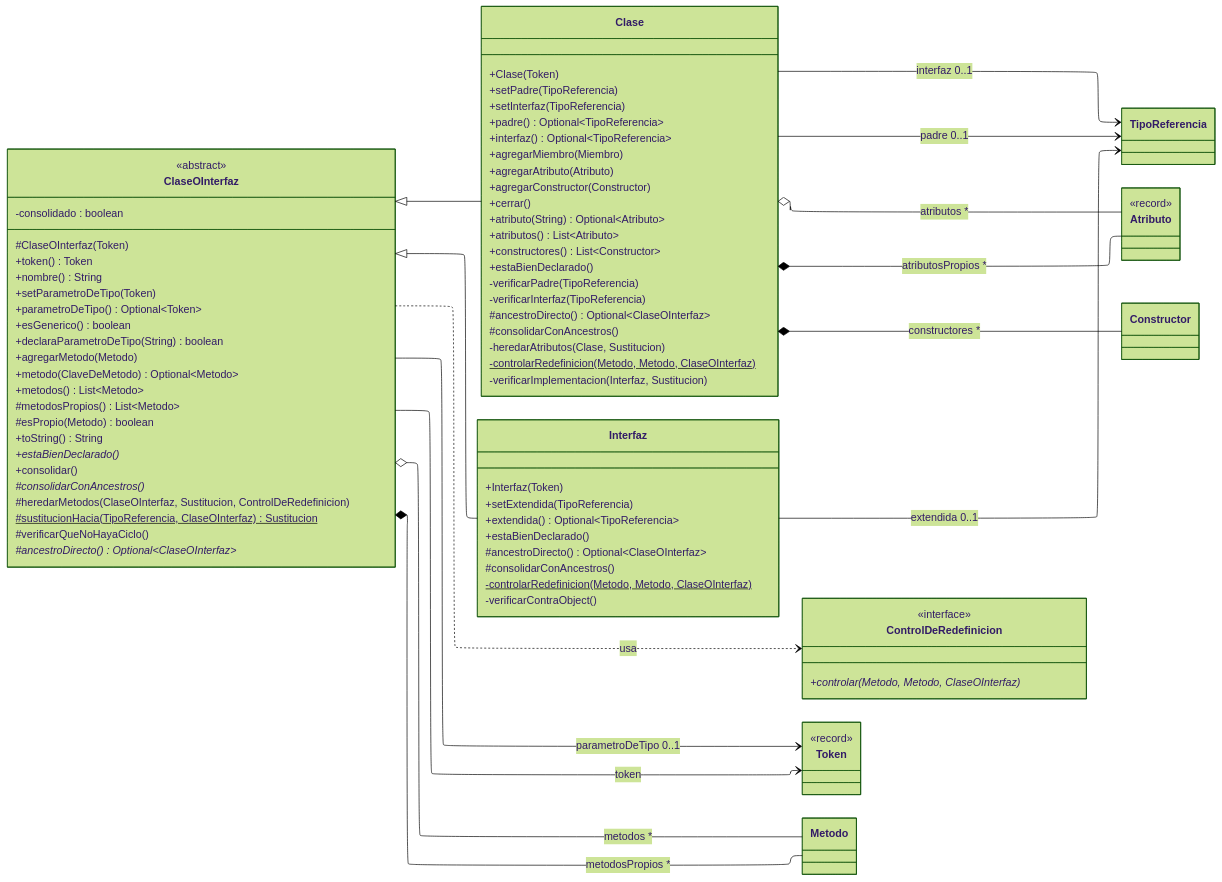
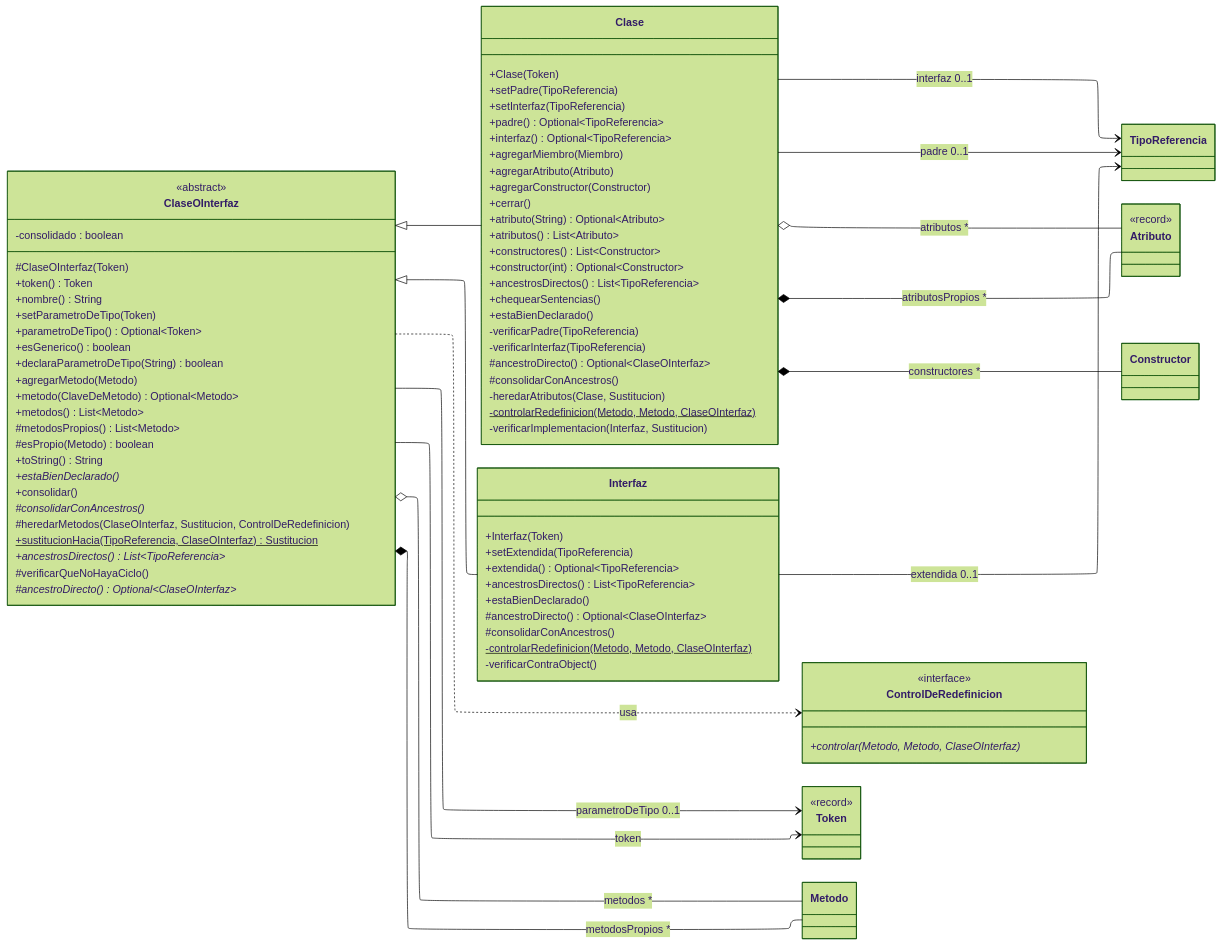
Before and after one commit to agustinpaul0/Proyecto-CEI: the third of 5 diagrams in documentacion/semantico/arquitectura-del-analizador-semantico.md, drawn with Mermaid (forest theme). The commit also changed other lines of this file and 795 other files, not shown here.

```diff
--- a/documentacion/semantico/arquitectura-del-analizador-semantico.md
+++ b/documentacion/semantico/arquitectura-del-analizador-semantico.md
@@ -156,7 +162,8 @@
         +consolidar()
         #consolidarConAncestros()*
         #heredarMetodos(ClaseOInterfaz, Sustitucion, ControlDeRedefinicion)
-        #sustitucionHacia(TipoReferencia, ClaseOInterfaz)$ Sustitucion
+        +sustitucionHacia(TipoReferencia, ClaseOInterfaz)$ Sustitucion
+        +ancestrosDirectos()* List~TipoReferencia~
         #verificarQueNoHayaCiclo()
         #ancestroDirecto()* Optional~ClaseOInterfaz~
     }
@@ -177,6 +184,9 @@
         +atributo(String) Optional~Atributo~
         +atributos() List~Atributo~
         +constructores() List~Constructor~
+        +constructor(int) Optional~Constructor~
+        +ancestrosDirectos() List~TipoReferencia~
+        +chequearSentencias()
         +estaBienDeclarado()
         -verificarPadre(TipoReferencia)
         -verificarInterfaz(TipoReferencia)
@@ -190,6 +200,7 @@
         +Interfaz(Token)
         +setExtendida(TipoReferencia)
         +extendida() Optional~TipoReferencia~
+        +ancestrosDirectos() List~TipoReferencia~
         +estaBienDeclarado()
         #ancestroDirecto() Optional~ClaseOInterfaz~
         #consolidarConAncestros()
```
